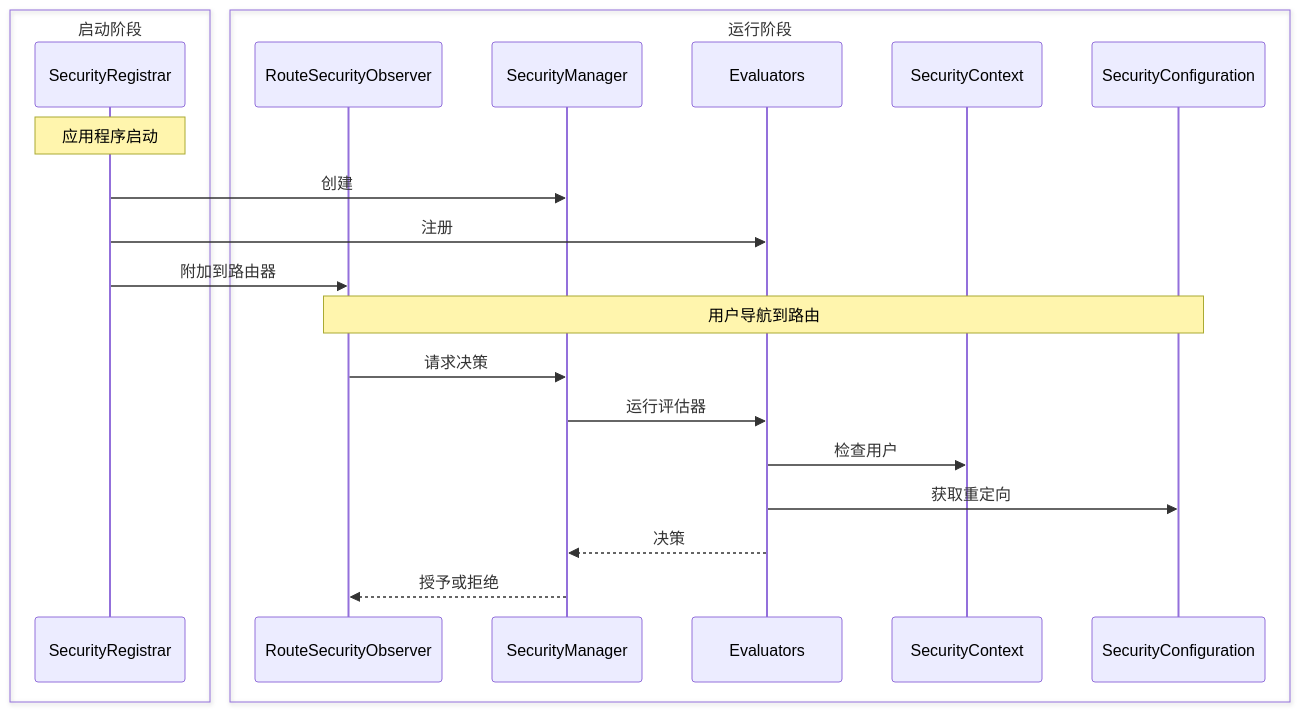
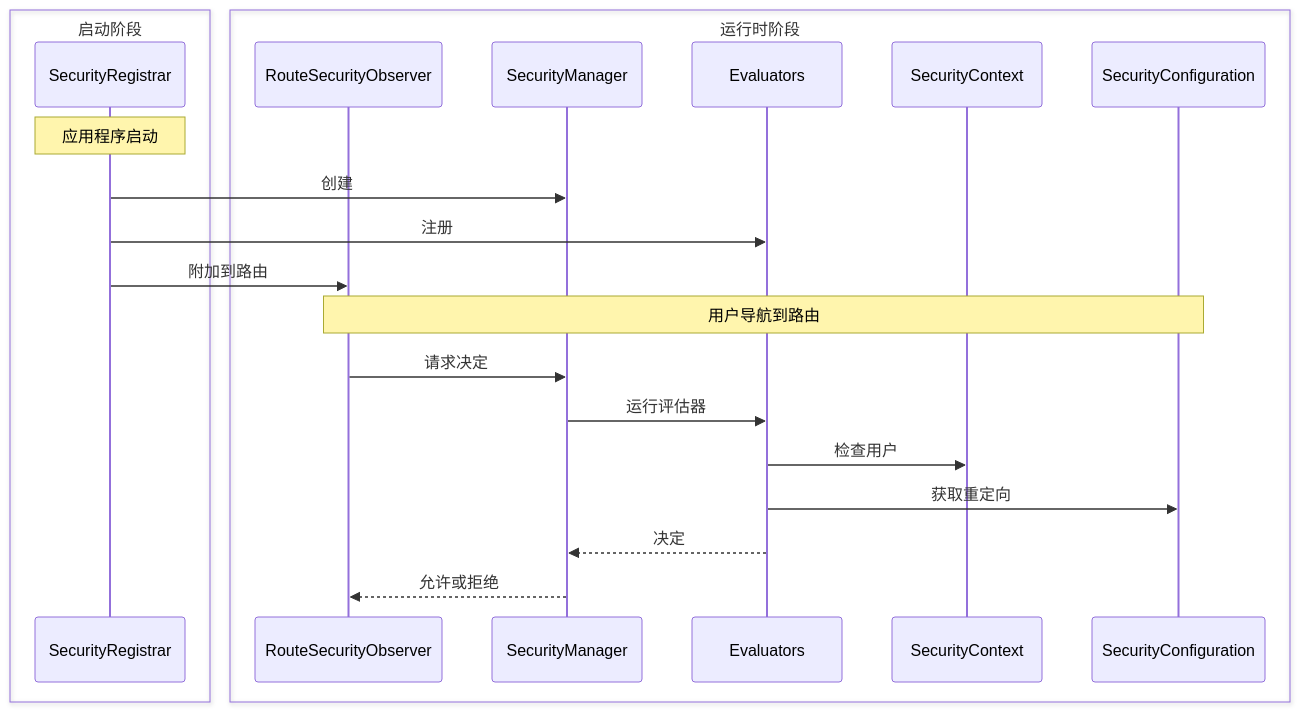
One commit to webforj/webforj-documentation changed the diagram in docs/i18n/zh/docusaurus-plugin-content-docs/current/security/architecture/custom-implementation.md. Above: the diagram before and after it, drawn with Mermaid. The commit also changed other lines of this file and 389 other files, not shown here.

````diff
--- a/docs/i18n/zh/docusaurus-plugin-content-docs/current/security/architecture/custom-implementation.md
+++ b/docs/i18n/zh/docusaurus-plugin-content-docs/current/security/architecture/custom-implementation.md
@@ -25,26 +25,26 @@
 ```mermaid
 sequenceDiagram
-    box 启动阶段
-    participant Registrar as SecurityRegistrar
-    end
-    box 运行阶段
-    participant Observer as RouteSecurityObserver
-    participant Manager as SecurityManager
-    participant Evaluators
-    participant Context as SecurityContext
-    participant Config as SecurityConfiguration
-    end
+  box 启动阶段
+  participant Registrar as SecurityRegistrar
+  end
+  box 运行时阶段
+  participant Observer as RouteSecurityObserver
+  participant Manager as SecurityManager
+  participant Evaluators
+  participant Context as SecurityContext
+  participant Config as SecurityConfiguration
+  end
 
-    Note over Registrar: 应用程序启动
-    Registrar->>Manager: 创建
-    Registrar->>Evaluators: 注册
-    Registrar->>Observer: 附加到路由器
+  Note over Registrar: 应用程序启动
+  Registrar->>Manager: 创建
+  Registrar->>Evaluators: 注册
+  Registrar->>Observer: 附加到路由
 
-    Note over Observer,Config: 用户导航到路由
-    Observer->>Manager: 请求决策
-    Manager->>Evaluators: 运行评估器
-    Evaluators->>Context: 检查用户
-    Evaluators->>Config: 获取重定向
-    Evaluators-->>Manager: 决策
-    Manager-->>Observer: 授予或拒绝
+  Note over Observer,Config: 用户导航到路由
+  Observer->>Manager: 请求决定
+  Manager->>Evaluators: 运行评估器
+  Evaluators->>Context: 检查用户
+  Evaluators->>Config: 获取重定向
+  Evaluators-->>Manager: 决定
+  Manager-->>Observer: 允许或拒绝
 ```
````
